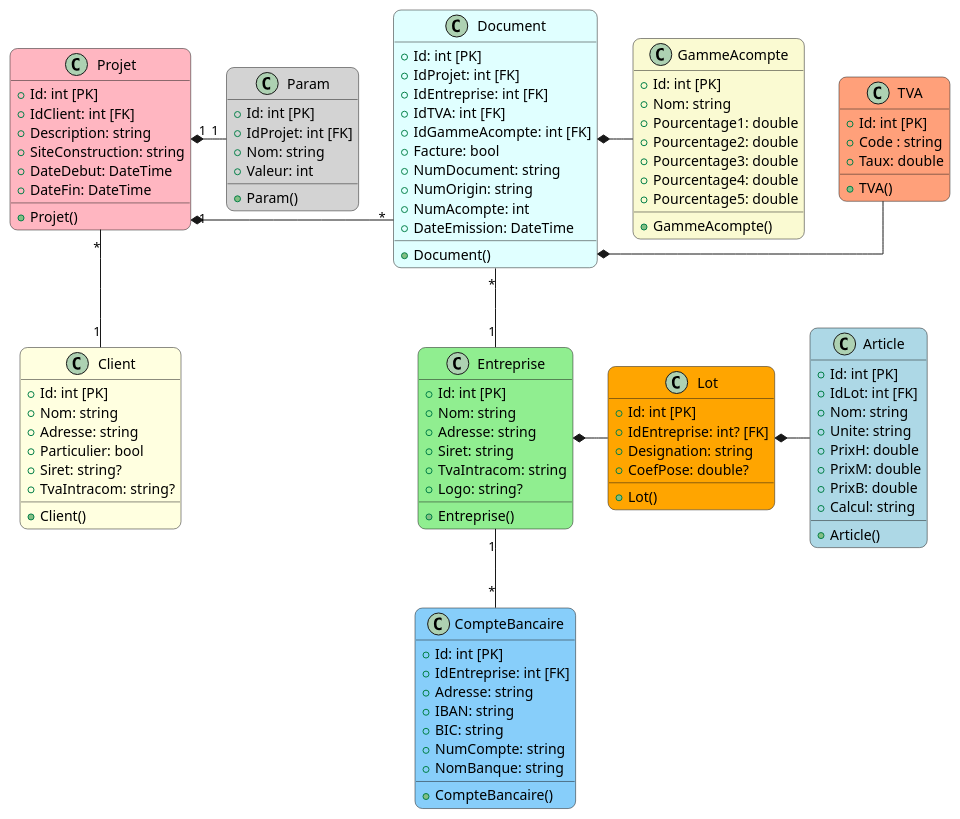
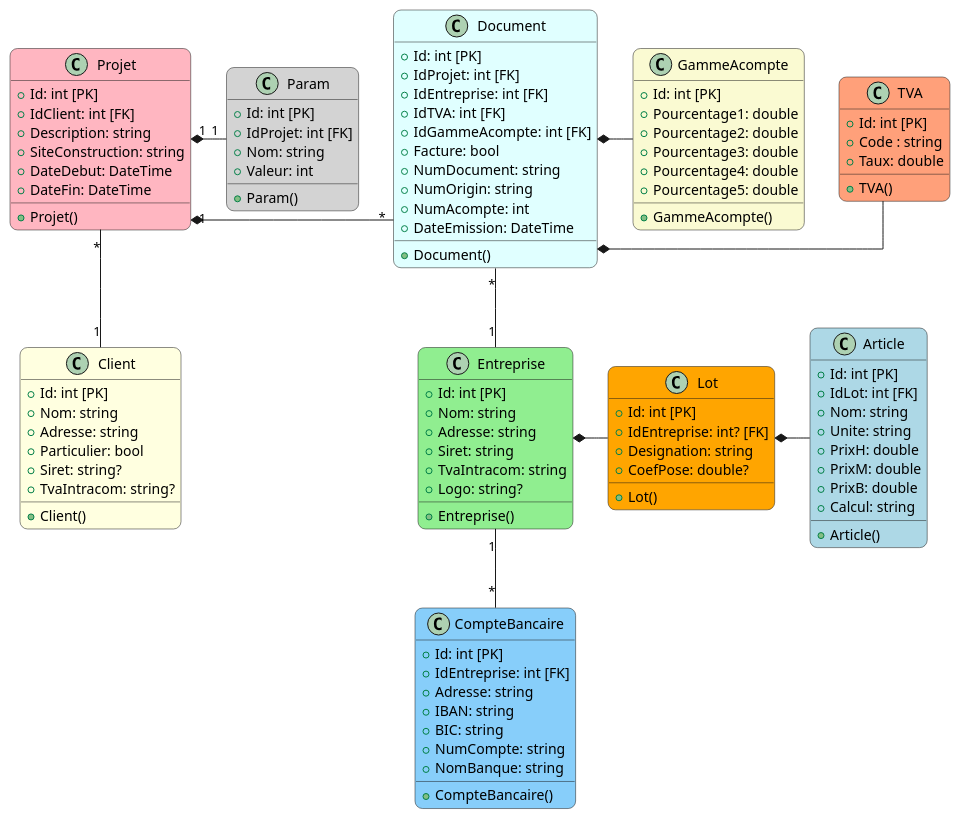
One commit to gmobetie/P2i_BHBq changed the diagram in BHBq/BHBq.puml. Above: the diagram before and after it, drawn with PlantUML. The commit also changed 2 other files, not shown here.

```diff
--- a/BHBq/BHBq.puml
+++ b/BHBq/BHBq.puml
@@ -1,140 +1,139 @@
 @startuml BHBq_Diagram
 
 skinparam defaultFontName Arial
 skinparam linetype ortho
 skinparam linewidth 2
 skinparam roundcorner 15
 
 ' Classe représentant un article qui apparaitra comme une ligne sur le devis
 class Article #lightblue {
   + Id: int [PK]
   + IdLot: int [FK]
   + Nom: string
   + Unite: string
   + PrixH: double
   + PrixM: double
   + PrixB: double
   + Calcul: string
 
   + Article()
 }
 
 ' Classe représentant un client du Groupe BHB
 class Client #lightyellow {
   + Id: int [PK]
   + Nom: string
   + Adresse: string
   + Particulier: bool
   + Siret: string?
   + TvaIntracom: string?
 
   + Client()
 }
 
 ' Classe représentant une entreprise du groupe BHB
 class Entreprise #lightgreen {
   + Id: int [PK]
   + Nom: string
   + Adresse: string
   + Siret: string
   + TvaIntracom: string
   + Logo: string?
 
   + Entreprise()
 }
 
 ' Classe représentant un lot (ensemble d'articles)
 class Lot #orange {
 
   + Id: int [PK]
   + IdEntreprise: int? [FK]
   + Designation: string
   + CoefPose: double?
 
   + Lot()
 }
 
 ' Classe représentant un projet, qui regroupe les informations relatives à un projet
 class Projet #lightpink {
   + Id: int [PK]
   + IdClient: int [FK]
   + Description: string
   + SiteConstruction: string
   + DateDebut: DateTime
   + DateFin: DateTime
 
   + Projet()
 }
 
 ' Classe représentant l'ensemble des paramètres modélisation une ou plusieurs constructions
 class Param #lightgrey {
   + Id: int [PK]
   + IdProjet: int [FK]
   + Nom: string
   + Valeur: int
 
   + Param()
 }
 
 ' Classe représentant un document type Facture, Devis, Acompte, Avenant, etc.
 class Document #lightcyan {
 
   + Id: int [PK]
   + IdProjet: int [FK]
   + IdEntreprise: int [FK]
   + IdTVA: int [FK]
   + IdGammeAcompte: int [FK]
   + Facture: bool
   + NumDocument: string
   + NumOrigin: string
   + NumAcompte: int
   + DateEmission: DateTime
 
 
   + Document()
 }
 
 class TVA #LightSalmon {
   + Id: int [PK]
   + Code : string
   + Taux: double
 
   + TVA()
 }
 
 class GammeAcompte #LightGoldenRodYellow {
   + Id: int [PK]
-  + Nom: string
   + Pourcentage1: double
   + Pourcentage2: double
   + Pourcentage3: double
   + Pourcentage4: double
   + Pourcentage5: double
 
   + GammeAcompte()
 }
 
 class CompteBancaire #LightSkyBlue {
   + Id: int [PK]
   + IdEntreprise: int [FK]
   + Adresse: string
   + IBAN: string
   + BIC: string
   + NumCompte: string
   + NomBanque: string
 
   + CompteBancaire()
 }
 
 ' Relations entre les classes
 Projet "*" -- "1" Client
 Projet "1" *- "*" Document
 Projet "1" *- "1" Param
 Entreprise *- Lot
 Lot *- Article
 Document "*" -- "1" Entreprise
 Document *- TVA
 Document *- GammeAcompte
 Entreprise "1" -- "*" CompteBancaire
 
 @enduml
```
